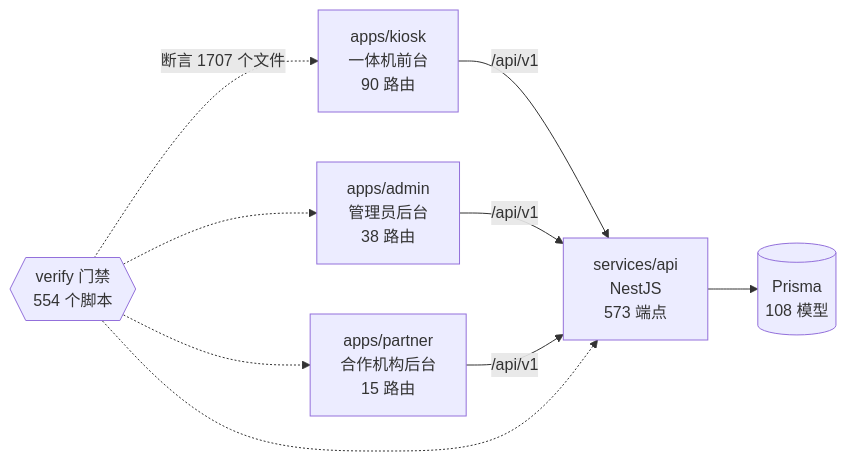
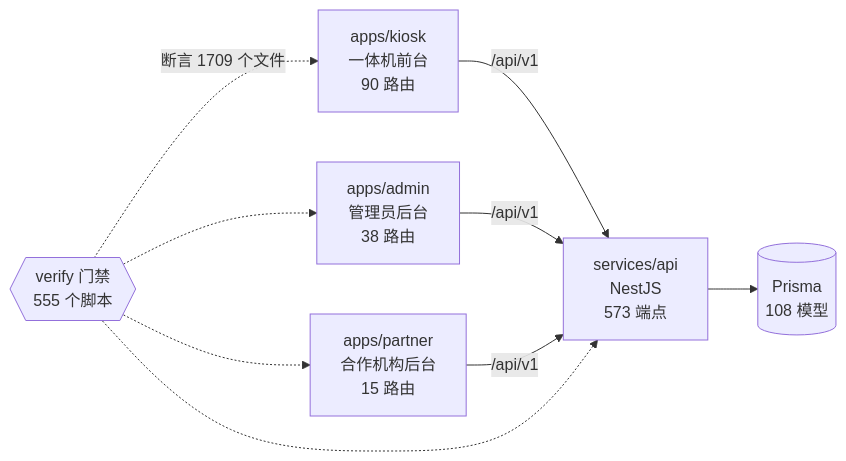
One commit to wanglei581/YITIJI changed the diagram in docs/graph/README.md. Above: the diagram before and after it, drawn with Mermaid. The commit also changed other lines of this file and 2 other files, not shown here.

Commit message:
chore(graph): 补上残留作业清理和出纸时限门禁

````diff
--- a/docs/graph/README.md
+++ b/docs/graph/README.md
@@ -68,18 +68,18 @@
 ```mermaid
 flowchart LR
   kiosk["apps/kiosk<br/>一体机前台<br/>90 路由"]
   admin["apps/admin<br/>管理员后台<br/>38 路由"]
   partner["apps/partner<br/>合作机构后台<br/>15 路由"]
   api["services/api<br/>NestJS<br/>573 端点"]
   db[("Prisma<br/>108 模型")]
-  gates{{"verify 门禁<br/>554 个脚本"}}
+  gates{{"verify 门禁<br/>555 个脚本"}}
 
   kiosk -->|"/api/v1"| api
   admin -->|"/api/v1"| api
   partner -->|"/api/v1"| api
   api --> db
-  gates -.->|"断言 1707 个文件"| kiosk
+  gates -.->|"断言 1709 个文件"| kiosk
   gates -.-> admin
   gates -.-> partner
   gates -.-> api
 ```
````
